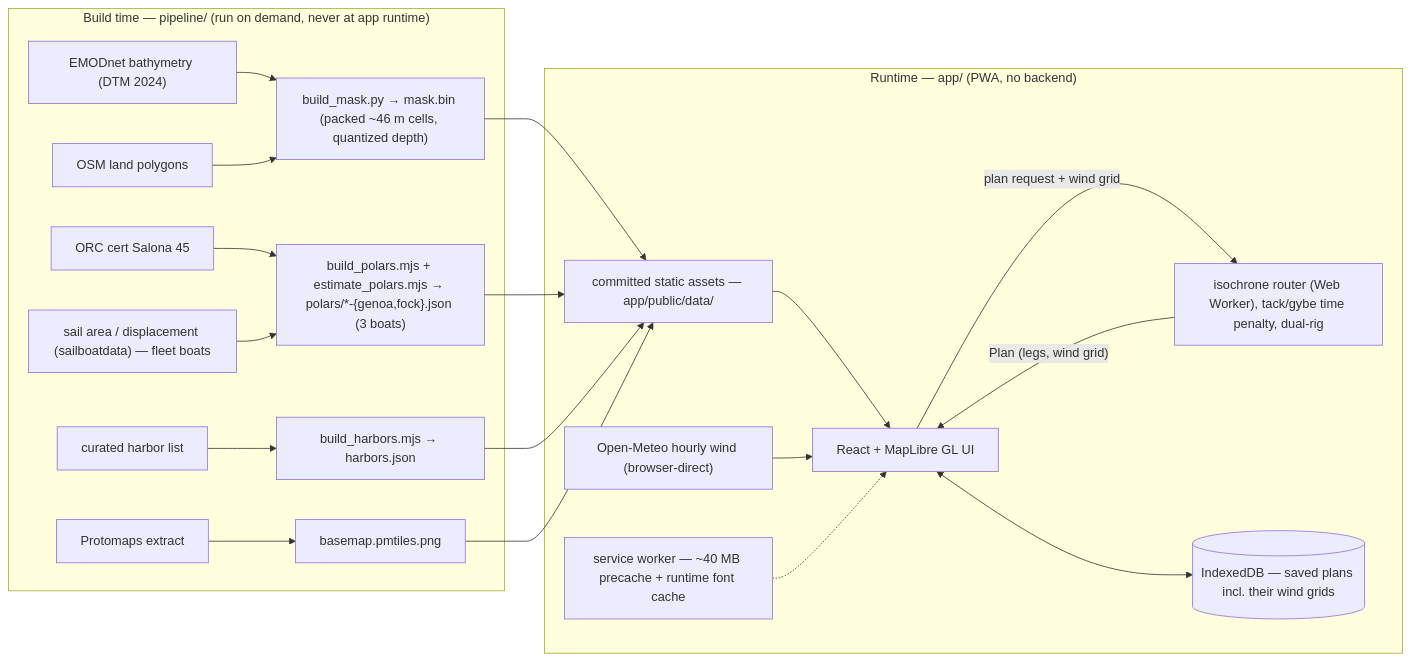
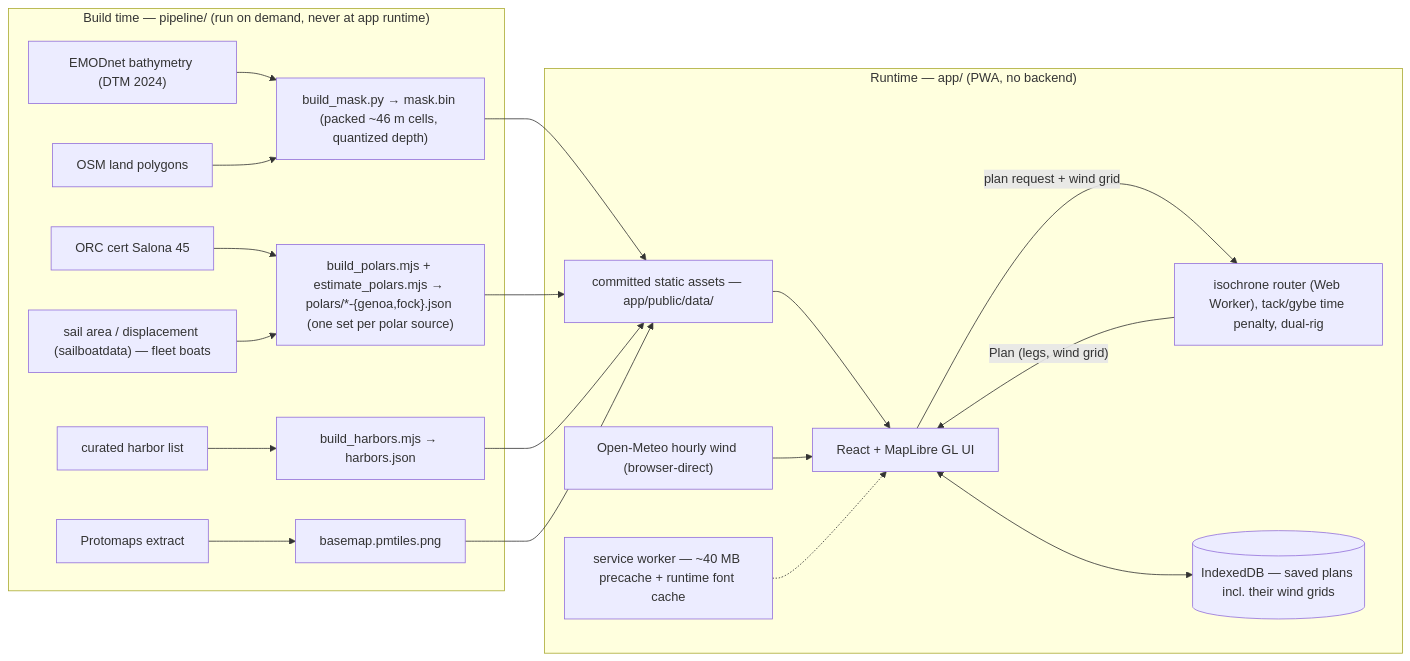
The diagram in README.md (DocGerd/sail_command), drawn with Mermaid before and after one commit. The commit also changed other lines of this file and 25 other files, not shown here.

First line of the commit message:
feat(boats): add EASY GO! (Salona 44 deep keel) as a tier-C catalogue entry

````diff
--- a/README.md
+++ b/README.md
@@ -307,20 +311,20 @@
 ```mermaid
 flowchart LR
   subgraph pipeline ["Build time — pipeline/ (run on demand, never at app runtime)"]
     EMOD["EMODnet bathymetry (DTM 2024)"] --> MASK["build_mask.py → mask.bin (packed ~46 m cells, quantized depth)"]
     OSMLP["OSM land polygons"] --> MASK
-    ORC["ORC cert Salona 45"] --> POLARS["build_polars.mjs + estimate_polars.mjs → polars/*-{genoa,fock}.json (3 boats)"]
+    ORC["ORC cert Salona 45"] --> POLARS["build_polars.mjs + estimate_polars.mjs → polars/*-{genoa,fock}.json (one set per polar source)"]
     SBD["sail area / displacement (sailboatdata) — fleet boats"] --> POLARS
     CUR["curated harbor list"] --> HARB["build_harbors.mjs → harbors.json"]
     PROTO["Protomaps extract"] --> PMT["basemap.pmtiles.png"]
   end
   MASK & POLARS & HARB & PMT --> ASSETS["committed static assets — app/public/data/"]
   subgraph app ["Runtime — app/ (PWA, no backend)"]
     ASSETS --> UI["React + MapLibre GL UI"]
     OM["Open-Meteo hourly wind (browser-direct)"] --> UI
     UI -->|"plan request + wind grid"| WORKER["isochrone router (Web Worker), tack/gybe time penalty, dual-rig"]
     WORKER -->|"Plan (legs, wind grid)"| UI
     UI <--> IDB[("IndexedDB — saved plans incl. their wind grids")]
     SW["service worker — ~40 MB precache + runtime font cache"] -.-> UI
   end
 ```
````
